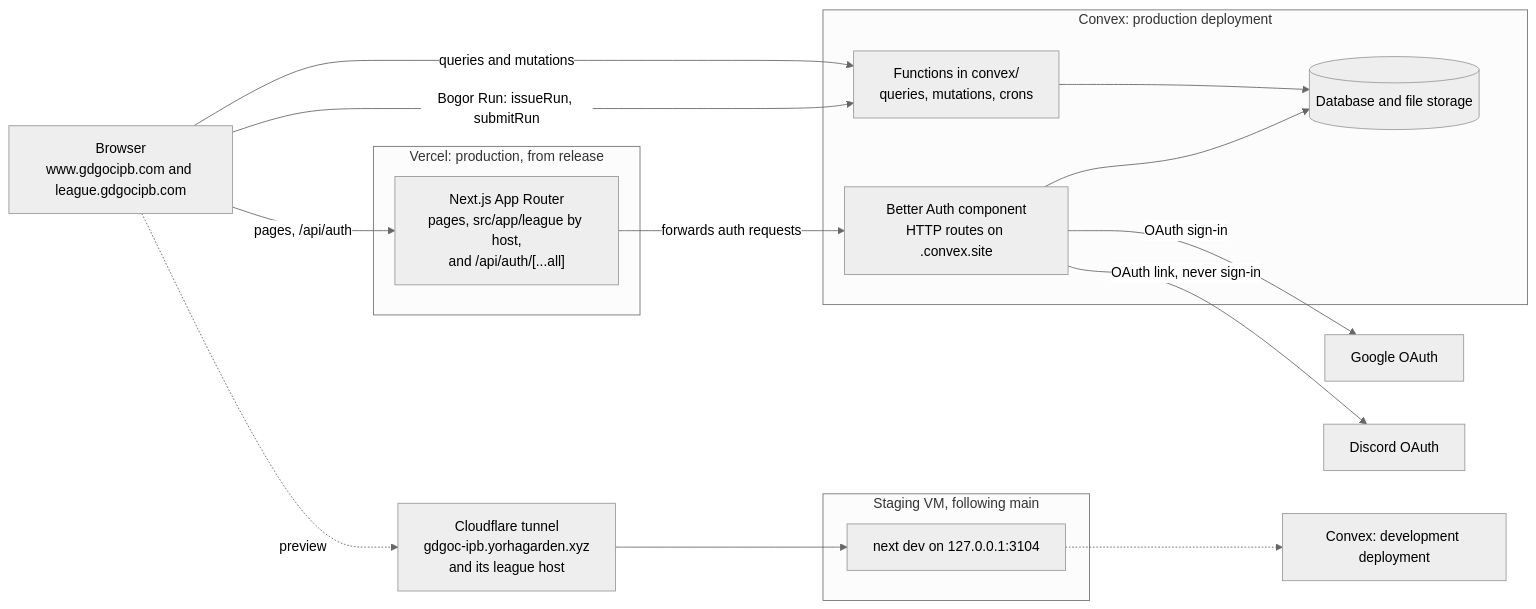
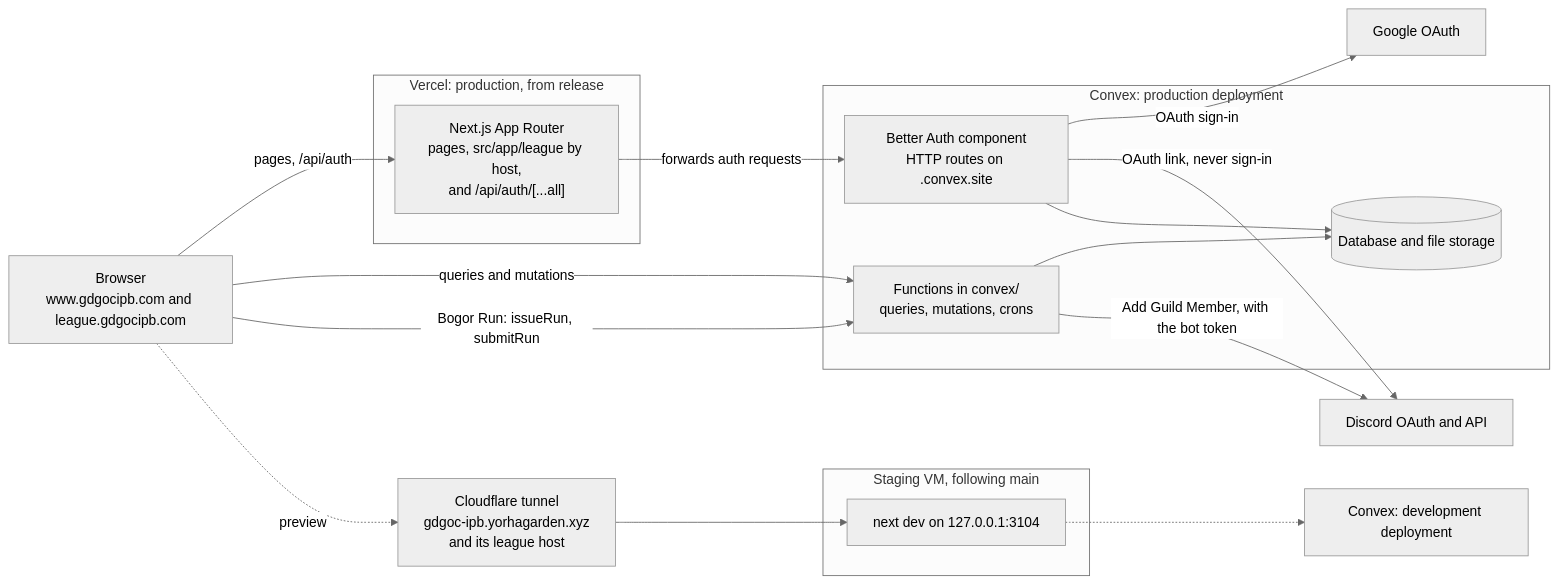
The diagram in docs/ARCHITECTURE.md (gdgoc-ipb-university/gdgoc-web), drawn with Mermaid (neutral theme) before and after one commit. The commit also changed other lines of this file and 9 other files, not shown here.

First line of the commit message:
feat(discord): add a linked member to the server, retrying 429 and 5xx (#242) (#256)

````diff
--- a/docs/ARCHITECTURE.md
+++ b/docs/ARCHITECTURE.md
@@ -5,33 +5,34 @@
 ```mermaid
 flowchart LR
   browser["Browser<br/>www.gdgocipb.com and league.gdgocipb.com"]
   google["Google OAuth"]
-  discord["Discord OAuth"]
+  discord["Discord OAuth and API"]
 
   subgraph vercel["Vercel: production, from release"]
     next["Next.js App Router<br/>pages, src/app/league by host,<br/>and /api/auth/[...all]"]
   end
 
   subgraph convex["Convex: production deployment"]
     fns["Functions in convex/<br/>queries, mutations, crons"]
     auth["Better Auth component<br/>HTTP routes on .convex.site"]
     db[("Database and file storage")]
   end
 
   subgraph staging["Staging VM, following main"]
     dev["next dev on 127.0.0.1:3104"]
   end
   tunnel["Cloudflare tunnel<br/>gdgoc-ipb.yorhagarden.xyz<br/>and its league host"]
   convexdev["Convex: development deployment"]
 
   browser -- "pages, /api/auth" --> next
   next -- "forwards auth requests" --> auth
   auth -- "OAuth sign-in" --> google
   auth -- "OAuth link, never sign-in" --> discord
   browser -- "queries and mutations" --> fns
   browser -- "Bogor Run: issueRun, submitRun" --> fns
   fns --> db
+  fns -- "Add Guild Member, with the bot token" --> discord
   auth --> db
   browser -. "preview" .-> tunnel --> dev
   dev -.-> convexdev
 ```
````
